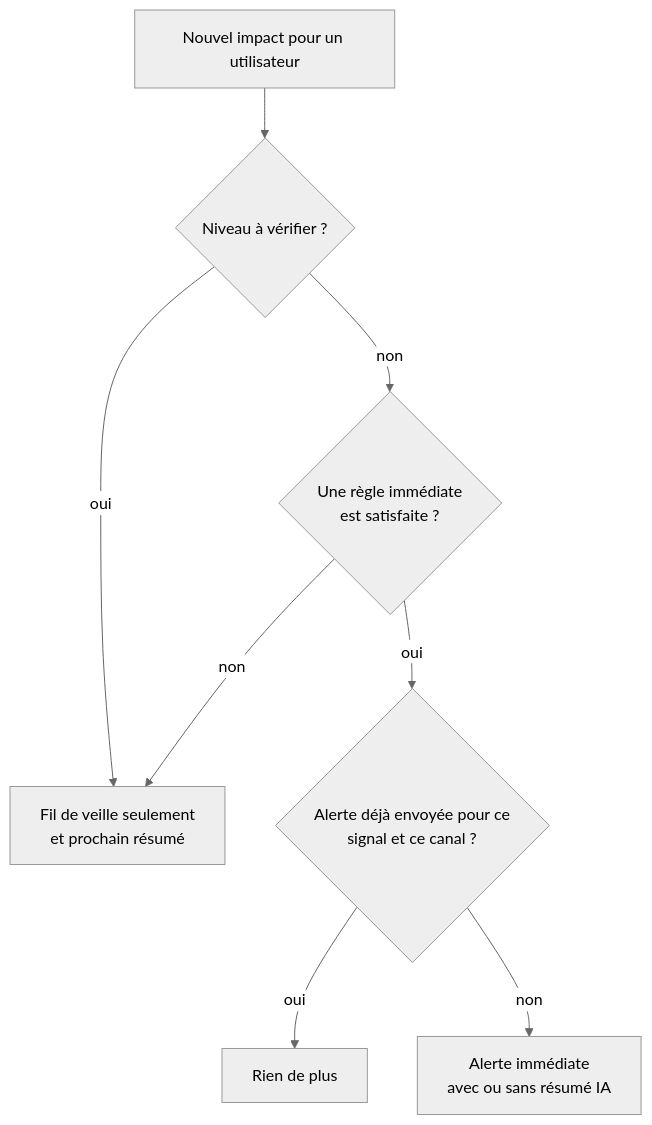
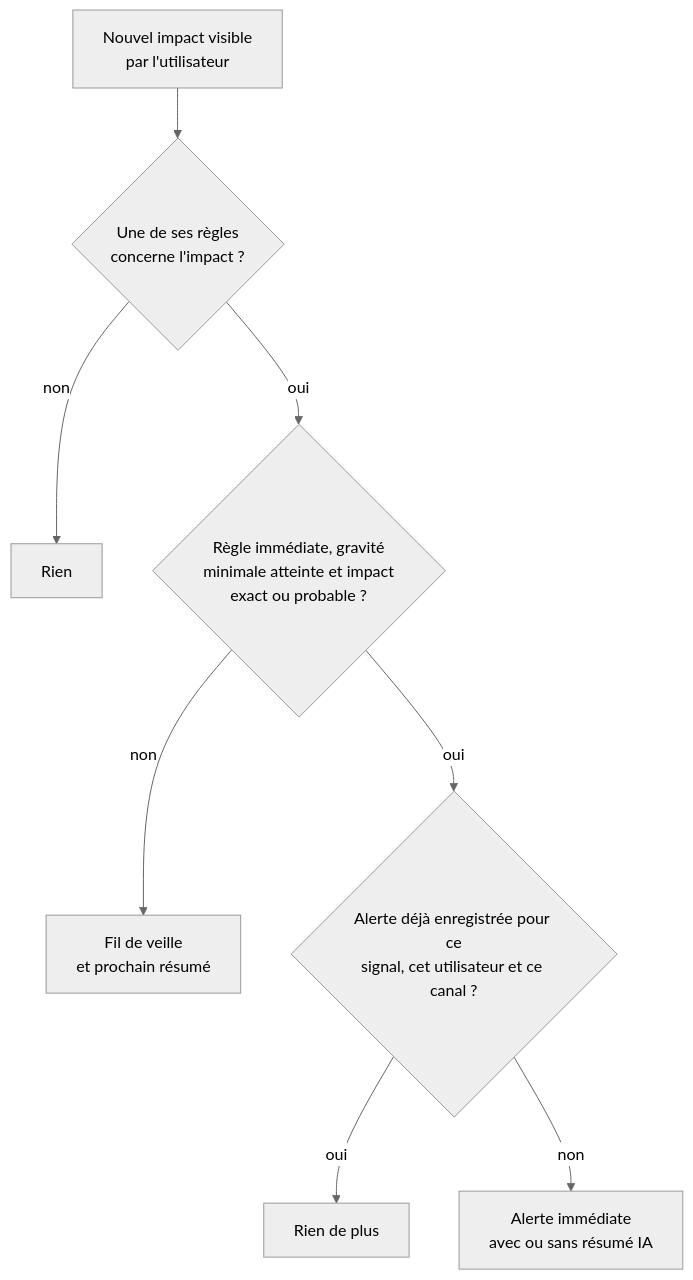
The diagram in docs/specifications/alertes-digests.md (FTurleque/argos-tech-platform), drawn with Mermaid (neutral theme) before and after one commit. The commit also changed other lines of this file and 8 other files, not shown here.

````diff
--- a/docs/specifications/alertes-digests.md
+++ b/docs/specifications/alertes-digests.md
@@ -78,10 +97,10 @@
 ```mermaid
 flowchart TD
-    A["Nouvel impact pour un utilisateur"] --> B{"Niveau à vérifier ?"}
-    B -- "oui" --> F["Fil de veille seulement<br/>et prochain résumé"]
-    B -- "non" --> C{"Une règle immédiate<br/>est satisfaite ?"}
-    C -- "non" --> F
-    C -- "oui" --> D{"Alerte déjà envoyée pour ce<br/>signal et ce canal ?"}
+    A["Nouvel impact visible<br/>par l'utilisateur"] --> R{"Une de ses règles<br/>concerne l'impact ?"}
+    R -- "non" --> Z["Rien"]
+    R -- "oui" --> B{"Règle immédiate, gravité<br/>minimale atteinte et impact<br/>exact ou probable ?"}
+    B -- "non" --> F["Fil de veille<br/>et prochain résumé"]
+    B -- "oui" --> D{"Alerte déjà enregistrée pour ce<br/>signal, cet utilisateur et ce canal ?"}
     D -- "oui" --> E["Rien de plus"]
     D -- "non" --> G["Alerte immédiate<br/>avec ou sans résumé IA"]
 ```
````
